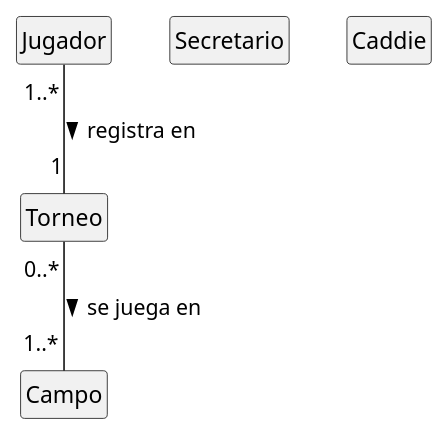
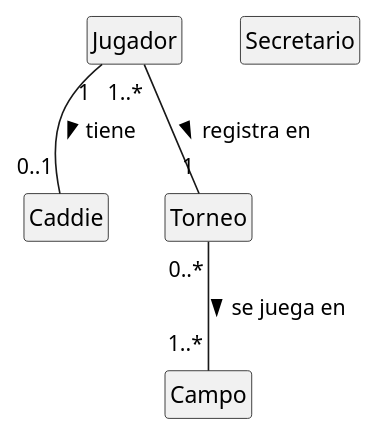
One commit to jjrp1/PDS changed the diagram in p2-a2.puml. Above: the diagram before and after it, drawn with PlantUML.

```diff
--- a/p2-a2.puml
+++ b/p2-a2.puml
@@ -2,17 +2,18 @@
 @startuml
 hide empty fields 
 hide empty attributes 
 hide empty methods
 hide empty members
 hide circle
 
 class Jugador
 class Secretario
 class Caddie 
 class Torneo 
 class Campo
 
+Jugador "1" -- "0..1" Caddie : tiene > 
 Jugador "1..*" -- "1" Torneo : registra en >
 Torneo "0..*" -- "1..*" Campo : se juega en >
 
 @enduml
```
